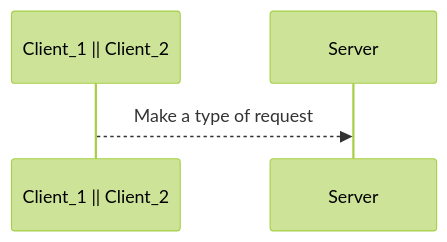
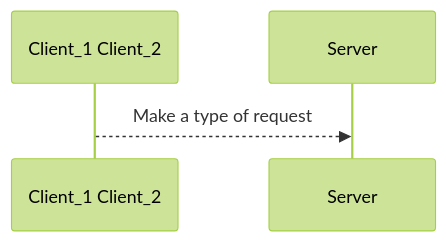
Before and after one commit to laize-loucia/movie_booking: the second of 4 diagrams in README.md, drawn with Mermaid (forest theme). The commit also changed other lines of this file, not shown here.

````diff
--- a/README.md
+++ b/README.md
@@ -7,4 +12,4 @@
 ```mermaid
 sequenceDiagram
-    Client_1 || Client_2 -->> Server: Make a type of request
+    Client_1 Client_2 -->> Server: Make a type of request
 ```
````
